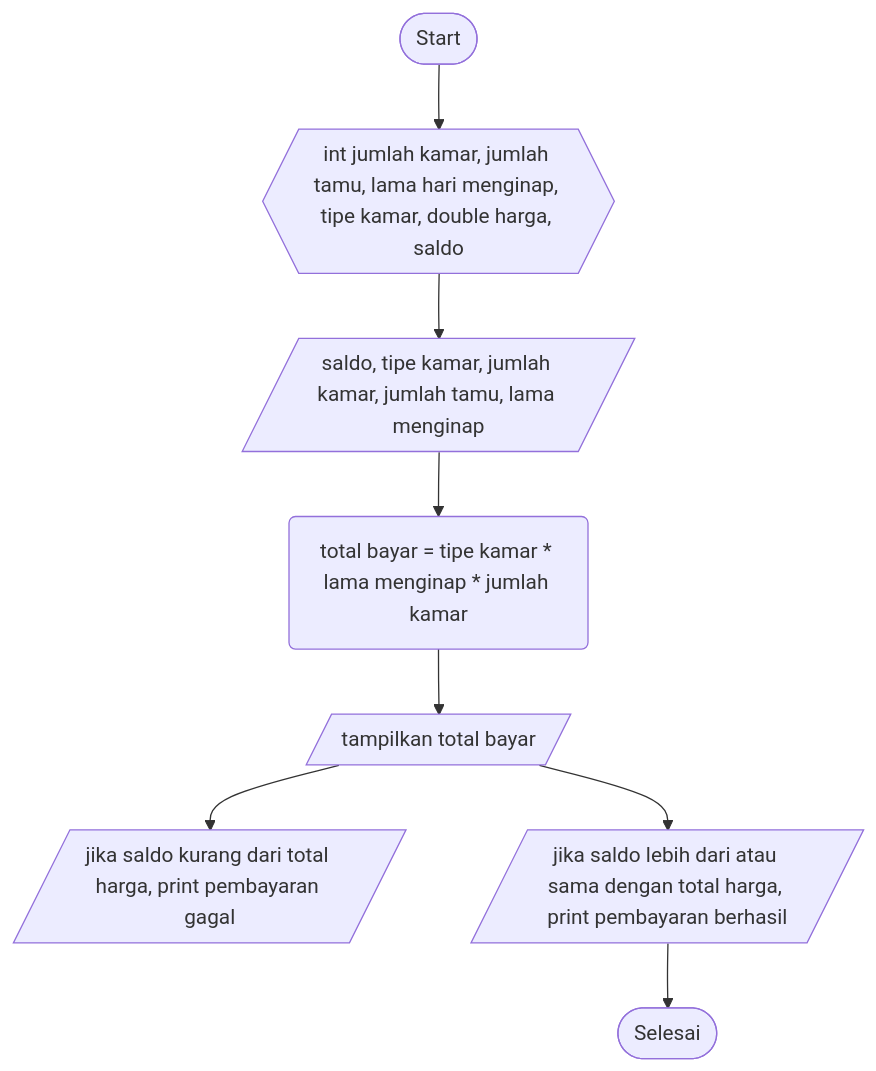
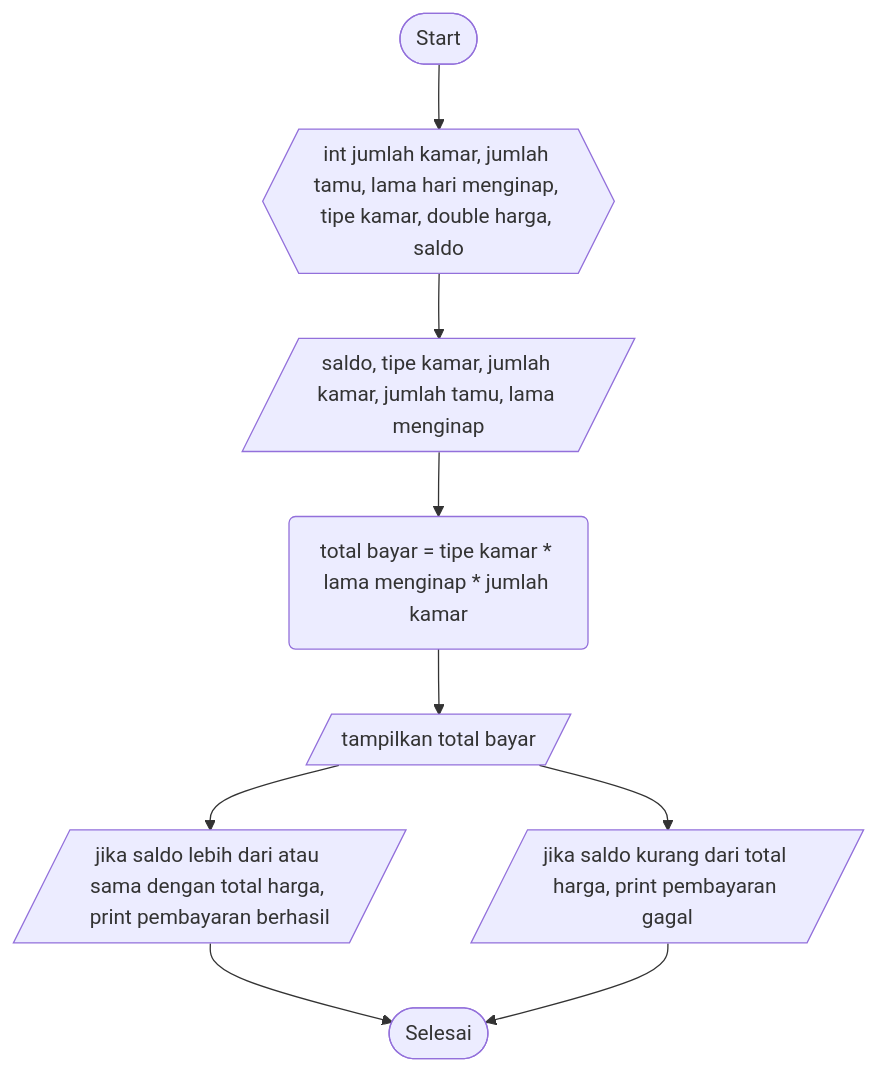
The diagram in BookingRuangan.md (SATRIODIANNUGROHO/Sample2.1), drawn with Mermaid before and after one commit.

````diff
--- a/BookingRuangan.md
+++ b/BookingRuangan.md
@@ -1,10 +1,11 @@
 ```mermaid
 flowchart TD;
     A([Start])-->B{{int jumlah kamar, jumlah tamu, lama hari menginap, tipe kamar, double harga, saldo}};
     B{{int jumlah kamar, jumlah tamu, lama hari menginap, tipe kamar, double harga, saldo}}-->C[/saldo, tipe kamar, jumlah kamar, jumlah tamu, lama menginap/];
     C[/saldo, tipe kamar, jumlah kamar, jumlah tamu, lama menginap/]-->D(total bayar = tipe kamar * lama menginap * jumlah kamar);
     D(total bayar = tipe kamar * lama menginap * jumlah kamar)-->E[/tampilkan total bayar/];
     E[/tampilkan total bayar/]-->F[/jika saldo kurang dari total harga, print pembayaran gagal/];
     E[/tampilkan total bayar/]-->G[/jika saldo lebih dari atau sama dengan total harga, print pembayaran berhasil/];
-    G[/jika saldo lebih dari atau sama dengan total harga, print pembayaran berhasil/]-->H([Selesai])
+    G[/jika saldo lebih dari atau sama dengan total harga, print pembayaran berhasil/]-->H([Selesai]);
+    F[/jika saldo kurang dari total harga, print pembayaran gagal/]-->H([Selesai]);
 ```
````
